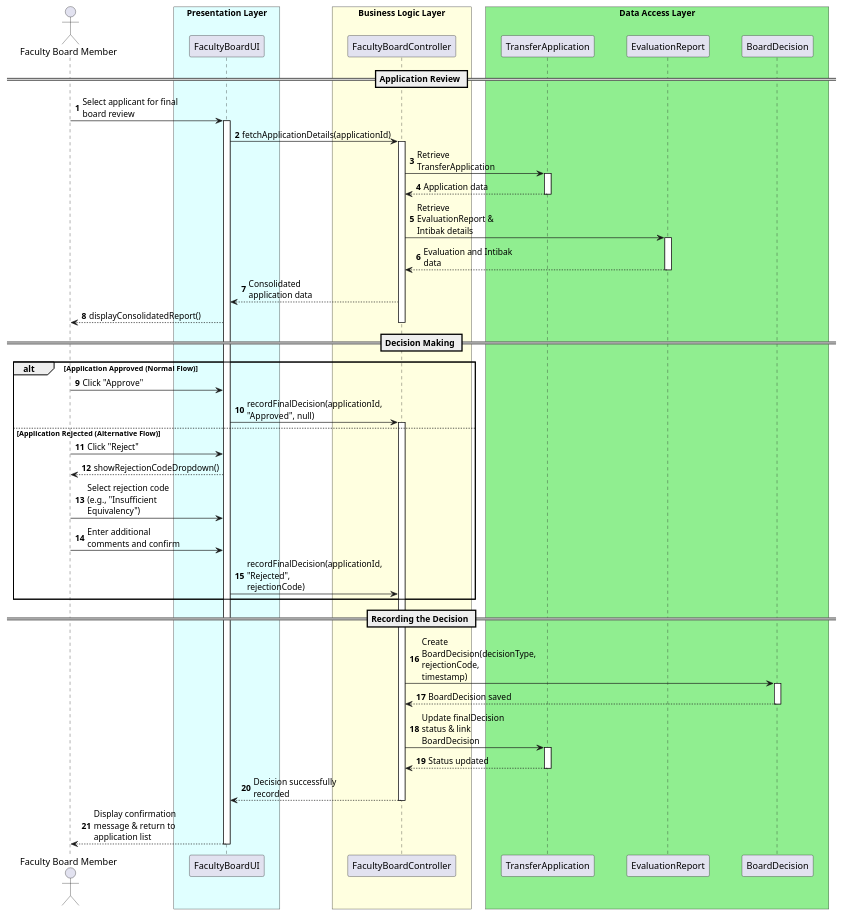
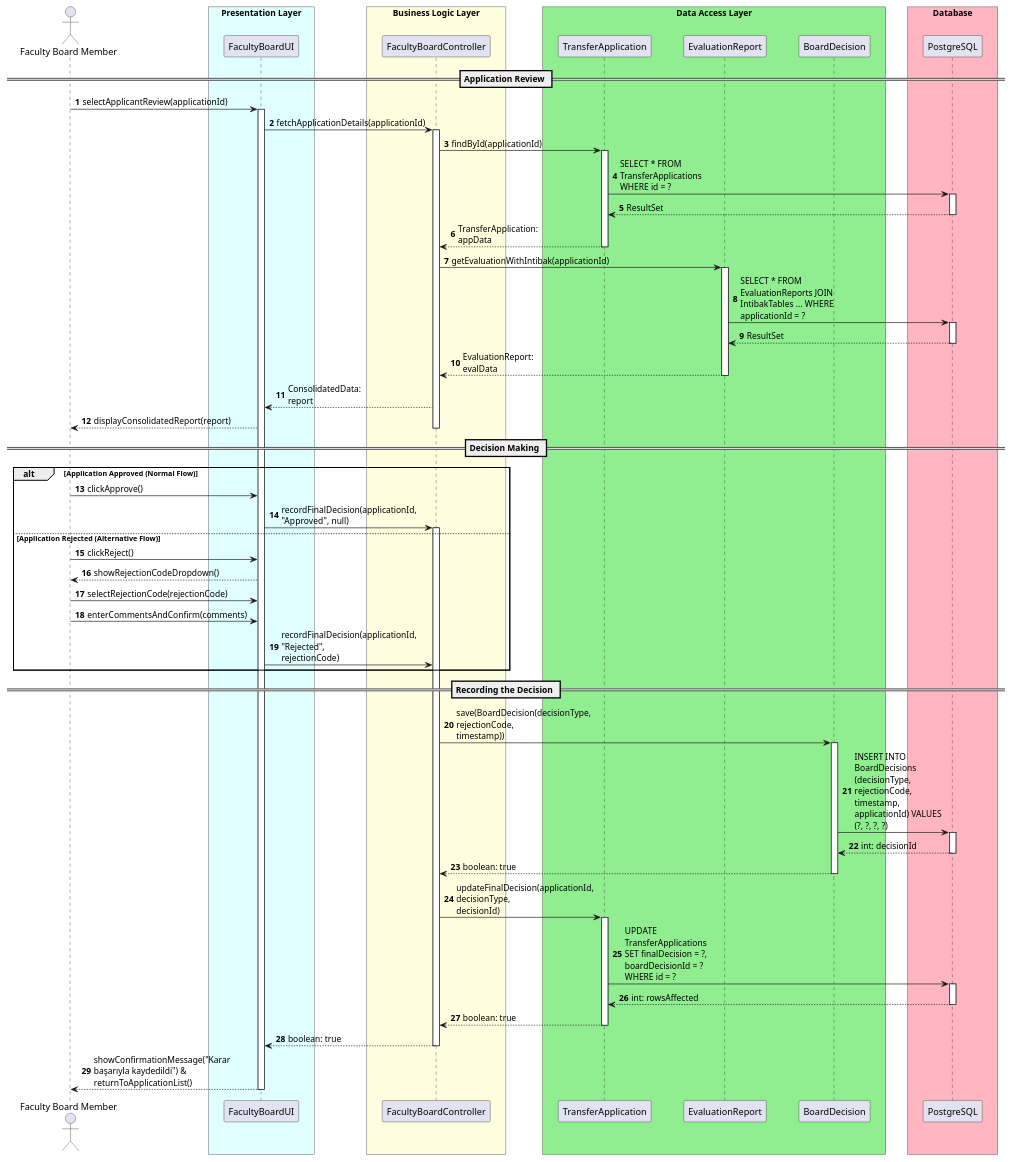
Before and after one commit to UTMS-G02/utms: the diagram in docs/uml/uc-11.puml, drawn with PlantUML.

Commit message:
docs: uc-11 updated

```diff
--- a/docs/uml/uc-11.puml
+++ b/docs/uml/uc-11.puml
@@ -1,77 +1,96 @@
 @startuml uc-11
 autonumber
 skinparam maxMessageSize 150
 skinparam ParticipantPadding 20
 skinparam BoxPadding 10
 
 actor "Faculty Board Member" as Board
 
 box "Presentation Layer" #LightCyan
 participant "FacultyBoardUI" as UI
 end box
 
 box "Business Logic Layer" #LightYellow
 participant "FacultyBoardController" as Controller
 end box
 
 box "Data Access Layer" #LightGreen
 participant "TransferApplication" as AppDB
 participant "EvaluationReport" as EvalDB
 participant "BoardDecision" as DecisionDB
 end box
 
+box "Database" #LightPink
+participant "PostgreSQL" as DB
+end box
+
 == Application Review ==
-Board -> UI: Select applicant for final board review
+Board -> UI: selectApplicantReview(applicationId)
 activate UI
 
 UI -> Controller: fetchApplicationDetails(applicationId)
 activate Controller
 
-Controller -> AppDB: Retrieve TransferApplication
+Controller -> AppDB: findById(applicationId)
 activate AppDB
-AppDB --> Controller: Application data
+AppDB -> DB: SELECT * FROM TransferApplications WHERE id = ?
+activate DB
+DB --> AppDB: ResultSet
+deactivate DB
+AppDB --> Controller: TransferApplication: appData
 deactivate AppDB
 
-Controller -> EvalDB: Retrieve EvaluationReport & Intibak details
+Controller -> EvalDB: getEvaluationWithIntibak(applicationId)
 activate EvalDB
-EvalDB --> Controller: Evaluation and Intibak data
+EvalDB -> DB: SELECT * FROM EvaluationReports JOIN IntibakTables ... WHERE applicationId = ?
+activate DB
+DB --> EvalDB: ResultSet
+deactivate DB
+EvalDB --> Controller: EvaluationReport: evalData
 deactivate EvalDB
 
-
-
-Controller --> UI: Consolidated application data
-UI --> Board: displayConsolidatedReport()
+Controller --> UI: ConsolidatedData: report
+UI --> Board: displayConsolidatedReport(report)
 deactivate Controller
 
 == Decision Making ==
 alt Application Approved (Normal Flow)
-    Board -> UI: Click "Approve"
+    Board -> UI: clickApprove()
     UI -> Controller: recordFinalDecision(applicationId, "Approved", null)
     activate Controller
     
 else Application Rejected (Alternative Flow)
-    Board -> UI: Click "Reject"
+    Board -> UI: clickReject()
     UI --> Board: showRejectionCodeDropdown()
-    Board -> UI: Select rejection code (e.g., "Insufficient Equivalency") 
-    Board -> UI: Enter additional comments and confirm
+    
+    Board -> UI: selectRejectionCode(rejectionCode)
+    Board -> UI: enterCommentsAndConfirm(comments)
     UI -> Controller: recordFinalDecision(applicationId, "Rejected", rejectionCode)
 end
 
 == Recording the Decision ==
-Controller -> DecisionDB: Create BoardDecision(decisionType, rejectionCode, timestamp)
+Controller -> DecisionDB: save(BoardDecision(decisionType, rejectionCode, timestamp))
 activate DecisionDB
-DecisionDB --> Controller: BoardDecision saved
+DecisionDB -> DB: INSERT INTO BoardDecisions (decisionType, rejectionCode, timestamp, applicationId) VALUES (?, ?, ?, ?)
+activate DB
+DB --> DecisionDB: int: decisionId
+deactivate DB
+DecisionDB --> Controller: boolean: true
 deactivate DecisionDB
 
-Controller -> AppDB: Update finalDecision status & link BoardDecision
+Controller -> AppDB: updateFinalDecision(applicationId, decisionType, decisionId)
 activate AppDB
-AppDB --> Controller: Status updated
+AppDB -> DB: UPDATE TransferApplications SET finalDecision = ?, boardDecisionId = ? WHERE id = ?
+activate DB
+DB --> AppDB: int: rowsAffected
+deactivate DB
+AppDB --> Controller: boolean: true
 deactivate AppDB
 
-Controller --> UI: Decision successfully recorded
+Controller --> UI: boolean: true
 deactivate Controller
 
-UI --> Board: Display confirmation message & return to application list
+UI --> Board: showConfirmationMessage("Karar başarıyla kaydedildi") & returnToApplicationList()
 deactivate UI
 
 @enduml
```
